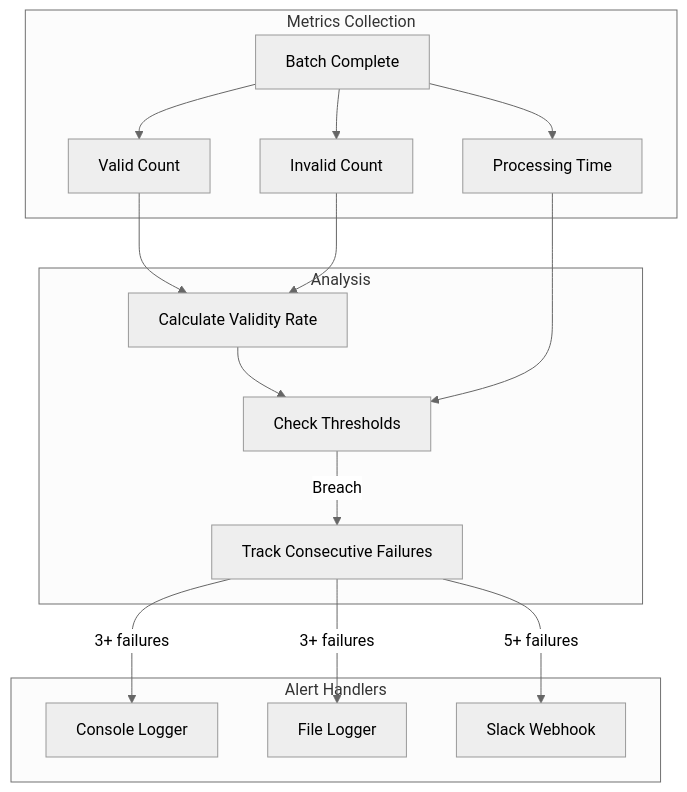
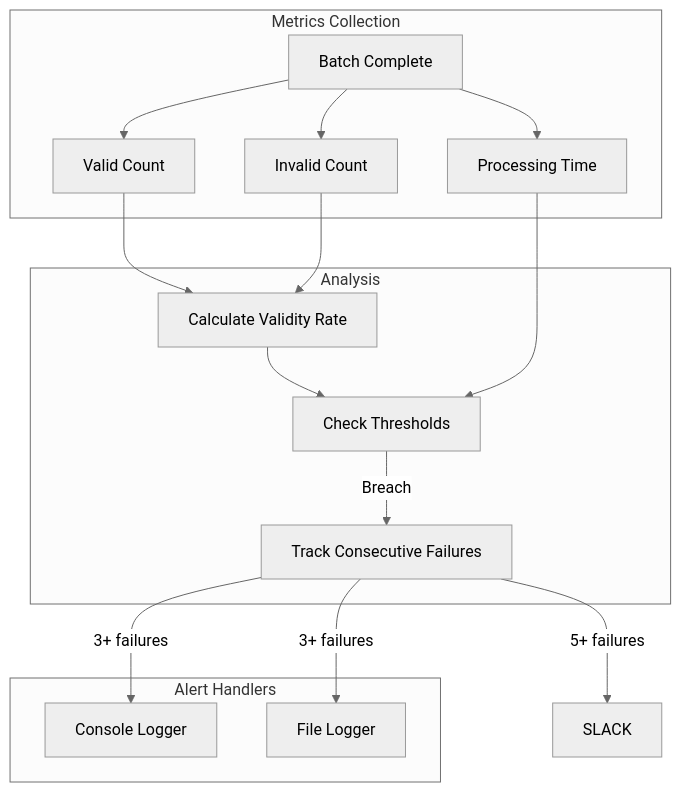
The sixth of 6 diagrams in diagrams/architecture.md (Zaina-M/spark-streaming-postgres-lab2), drawn with Mermaid (neutral theme) before and after one commit. The commit also changed 2 other files, not shown here.

Commit message:
Refine README and user guide for clarity; remove Slack webhook from architecture diagram and update configuration details.

````diff
--- a/diagrams/architecture.md
+++ b/diagrams/architecture.md
@@ -207,36 +207,35 @@
 ```mermaid
 flowchart TD
     subgraph Metrics[" Metrics Collection"]
         BATCH[Batch Complete]
         VALID[Valid Count]
         INVALID[Invalid Count]
         LATENCY[Processing Time]
     end
     
     subgraph Analysis[" Analysis"]
         RATE[Calculate Validity Rate]
         THRESH[Check Thresholds]
         CONSEC[Track Consecutive Failures]
     end
     
     subgraph Alerts[" Alert Handlers"]
         CONSOLE[Console Logger]
         FILE[File Logger]
-        SLACK[Slack Webhook]
     end
     
     BATCH --> VALID
     BATCH --> INVALID
     BATCH --> LATENCY
     
     VALID --> RATE
     INVALID --> RATE
     
     RATE --> THRESH
     LATENCY --> THRESH
     
     THRESH -->|"Breach"| CONSEC
     CONSEC -->|"3+ failures"| CONSOLE
     CONSEC -->|"3+ failures"| FILE
     CONSEC -->|"5+ failures"| SLACK
 ```
````
